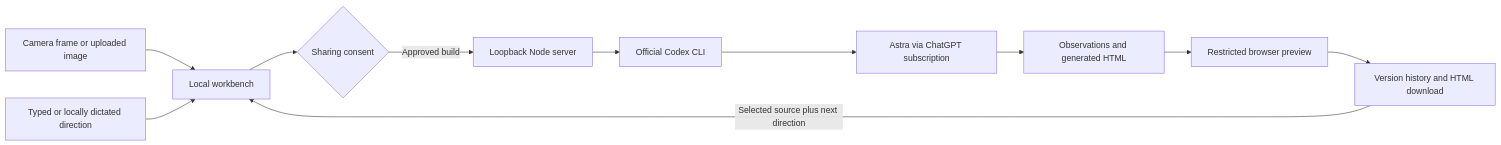
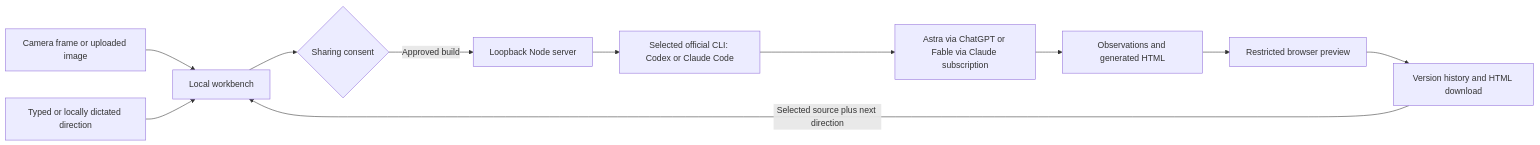
One commit to ucsandman/jarvis changed the diagram in README.md. Above: the diagram before and after it, drawn with Mermaid. The commit also changed other lines of this file and 25 other files, not shown here.

Commit message:
Codex: [FEAT] add Fable subscription and model effort controls

````diff
--- a/README.md
+++ b/README.md
@@ -100,13 +100,13 @@
 ```mermaid
 flowchart LR
     A[Camera frame or uploaded image] --> B[Local workbench]
     T[Typed or locally dictated direction] --> B
     B --> C{Sharing consent}
     C -->|Approved build| D[Loopback Node server]
-    D --> E[Official Codex CLI]
-    E --> F[Astra via ChatGPT subscription]
+    D --> E[Selected official CLI: Codex or Claude Code]
+    E --> F[Astra via ChatGPT or Fable via Claude subscription]
     F --> G[Observations and generated HTML]
     G --> H[Restricted browser preview]
     H --> I[Version history and HTML download]
     I -->|Selected source plus next direction| B
 ```
````
